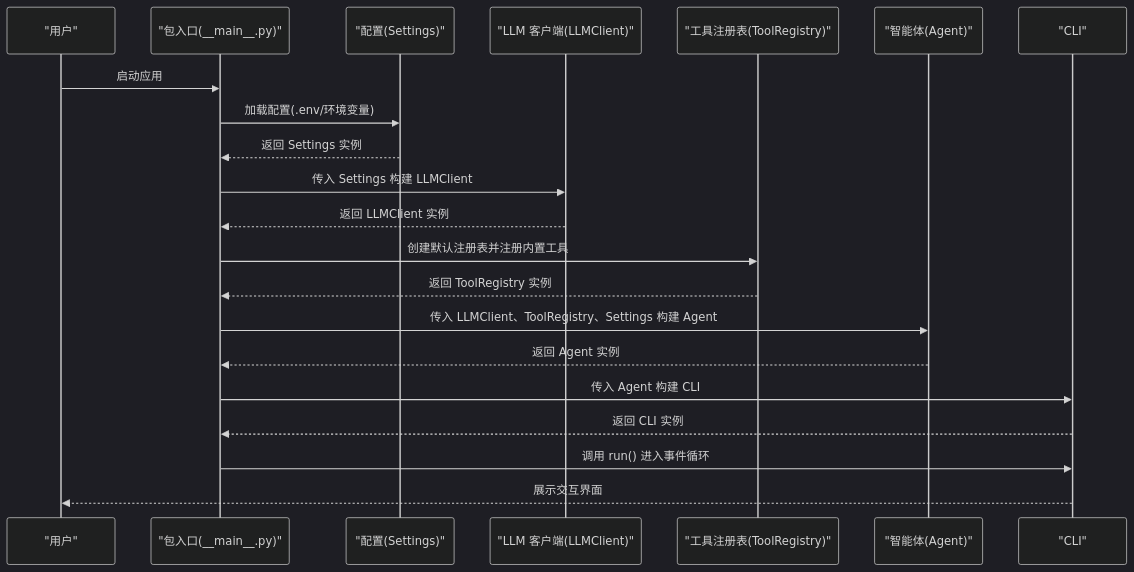
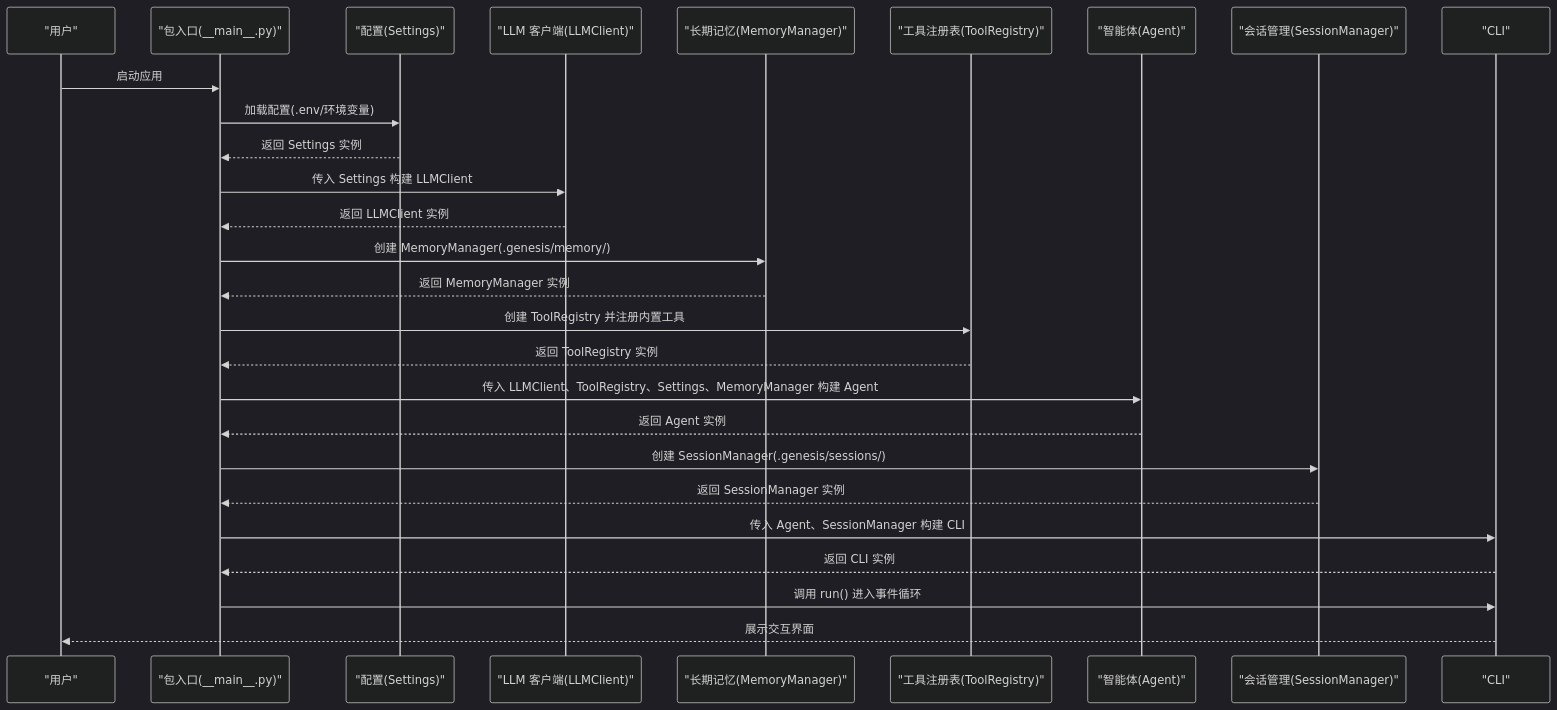
One commit to 250shiwo/MySmallAgent changed the second of 5 diagrams in .qoder/repowiki/zh/content/核心模块详解/入口点和初始化.md. Above: the diagram before and after it, drawn with Mermaid (dark theme). The commit also changed other lines of this file and 41 other files, not shown here.

````diff
--- a/.qoder/repowiki/zh/content/核心模块详解/入口点和初始化.md
+++ b/.qoder/repowiki/zh/content/核心模块详解/入口点和初始化.md
@@ -129,23 +154,29 @@
 ```mermaid
 sequenceDiagram
 participant U as "用户"
 participant P as "包入口(__main__.py)"
 participant S as "配置(Settings)"
 participant L as "LLM 客户端(LLMClient)"
+participant M as "长期记忆(MemoryManager)"
 participant R as "工具注册表(ToolRegistry)"
 participant A as "智能体(Agent)"
+participant SM as "会话管理(SessionManager)"
 participant C as "CLI"
 U->>P : 启动应用
 P->>S : 加载配置(.env/环境变量)
 S-->>P : 返回 Settings 实例
 P->>L : 传入 Settings 构建 LLMClient
 L-->>P : 返回 LLMClient 实例
-P->>R : 创建默认注册表并注册内置工具
+P->>M : 创建 MemoryManager(.genesis/memory/)
+M-->>P : 返回 MemoryManager 实例
+P->>R : 创建 ToolRegistry 并注册内置工具
 R-->>P : 返回 ToolRegistry 实例
-P->>A : 传入 LLMClient、ToolRegistry、Settings 构建 Agent
+P->>A : 传入 LLMClient、ToolRegistry、Settings、MemoryManager 构建 Agent
 A-->>P : 返回 Agent 实例
-P->>C : 传入 Agent 构建 CLI
+P->>SM : 创建 SessionManager(.genesis/sessions/)
+SM-->>P : 返回 SessionManager 实例
+P->>C : 传入 Agent、SessionManager 构建 CLI
 C-->>P : 返回 CLI 实例
 P->>C : 调用 run() 进入事件循环
 C-->>U : 展示交互界面
 ```
````
